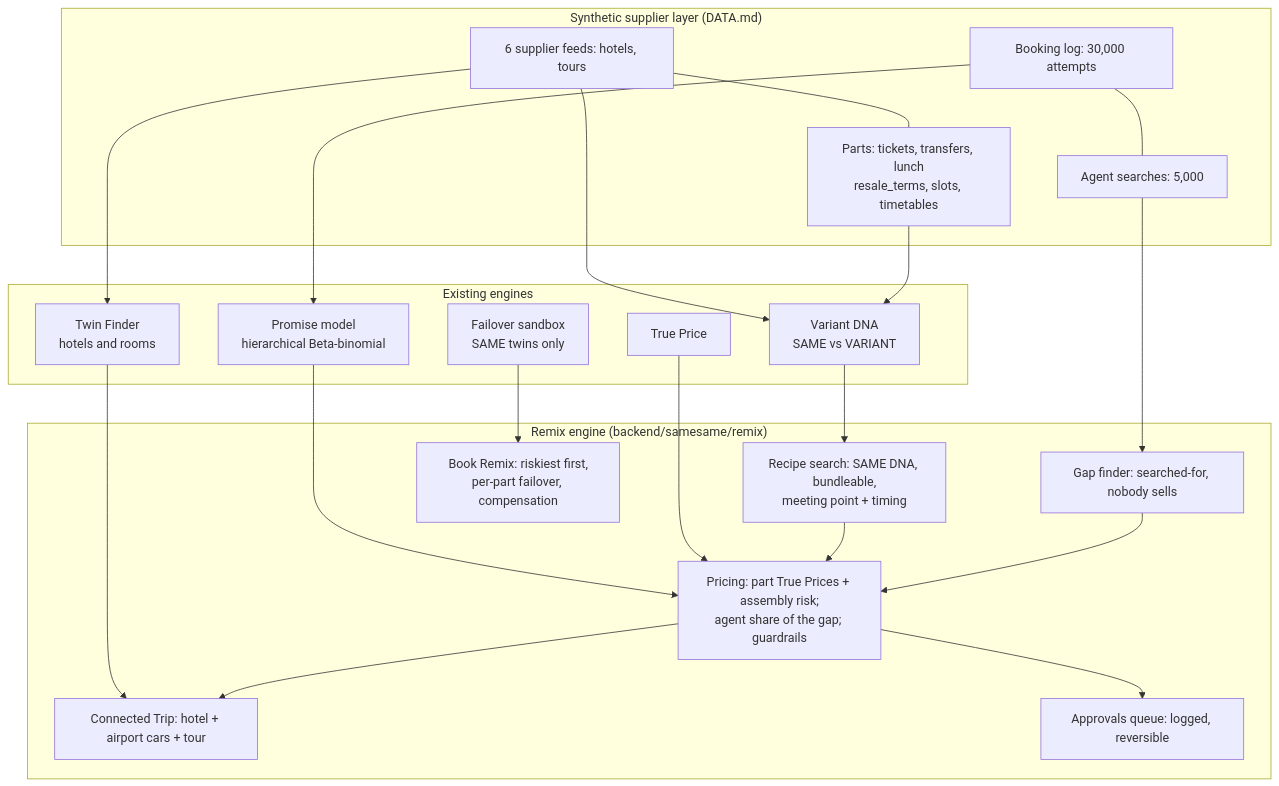
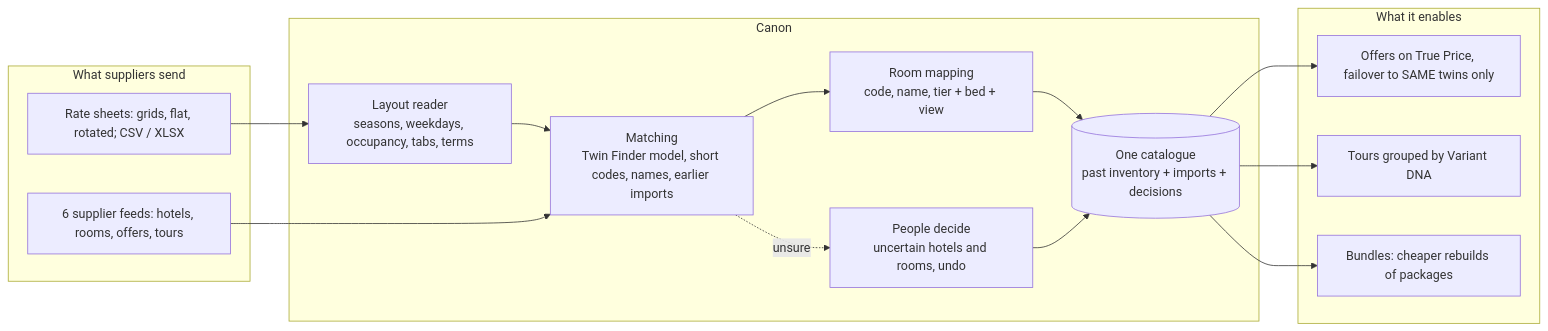
The diagram in README.md (Vamika1615/SameSame), drawn with Mermaid before and after one commit. The commit also changed other lines of this file and 24 other files, not shown here.

First line of the commit message:
Canon C2: catalogue-first product, Import sheets as the main page, Bundles last

````diff
--- a/README.md
+++ b/README.md
@@ -18,33 +23,23 @@
 ```mermaid
-flowchart TB
-  subgraph Data["Synthetic supplier layer (DATA.md)"]
-    F[6 supplier feeds: hotels, tours] --- P[Parts: tickets, transfers, lunch<br/>resale_terms, slots, timetables]
-    L[Booking log: 30,000 attempts] --- S[Agent searches: 5,000]
+flowchart LR
+  subgraph In["What suppliers send"]
+    S[Rate sheets: grids, flat, rotated; CSV / XLSX] 
+    F[6 supplier feeds: hotels, rooms, offers, tours]
   end
-  subgraph Engines["Existing engines"]
-    TF[Twin Finder<br/>hotels and rooms]
-    VD[Variant DNA<br/>SAME vs VARIANT]
-    PM[Promise model<br/>hierarchical Beta-binomial]
-    TP[True Price]
-    SB[Failover sandbox<br/>SAME twins only]
+  subgraph Canon["Canon"]
+    L[Layout reader<br/>seasons, weekdays, occupancy, tabs, terms]
+    M[Matching<br/>Twin Finder model, short codes, names, earlier imports]
+    R[Room mapping<br/>code, name, tier + bed + view]
+    P[People decide<br/>uncertain hotels and rooms, undo]
+    C[(One catalogue<br/>past inventory + imports + decisions)]
   end
-  subgraph Remix["Remix engine (backend/samesame/remix)"]
-    RS[Recipe search: SAME DNA, bundleable,<br/>meeting point + timing]
-    PR[Pricing: part True Prices + assembly risk;<br/>agent share of the gap; guardrails]
-    GP[Gap finder: searched-for, nobody sells]
-    CT[Connected Trip: hotel + airport cars + tour]
-    BK[Book Remix: riskiest first,<br/>per-part failover, compensation]
-    AP[Approvals queue: logged, reversible]
+  subgraph Out["What it enables"]
+    T[Offers on True Price, failover to SAME twins only]
+    V[Tours grouped by Variant DNA]
+    B[Bundles: cheaper rebuilds of packages]
   end
-  F --> TF & VD
-  L --> PM
-  P --> VD
-  VD --> RS
-  PM --> PR
-  TP --> PR
-  RS --> PR --> AP
-  S --> GP --> PR
-  TF --> CT
-  PR --> CT
-  SB --> BK
+  S --> L --> M --> R --> C
+  F --> M
+  M -. unsure .-> P --> C
+  C --> T & V & B
 ```
````
